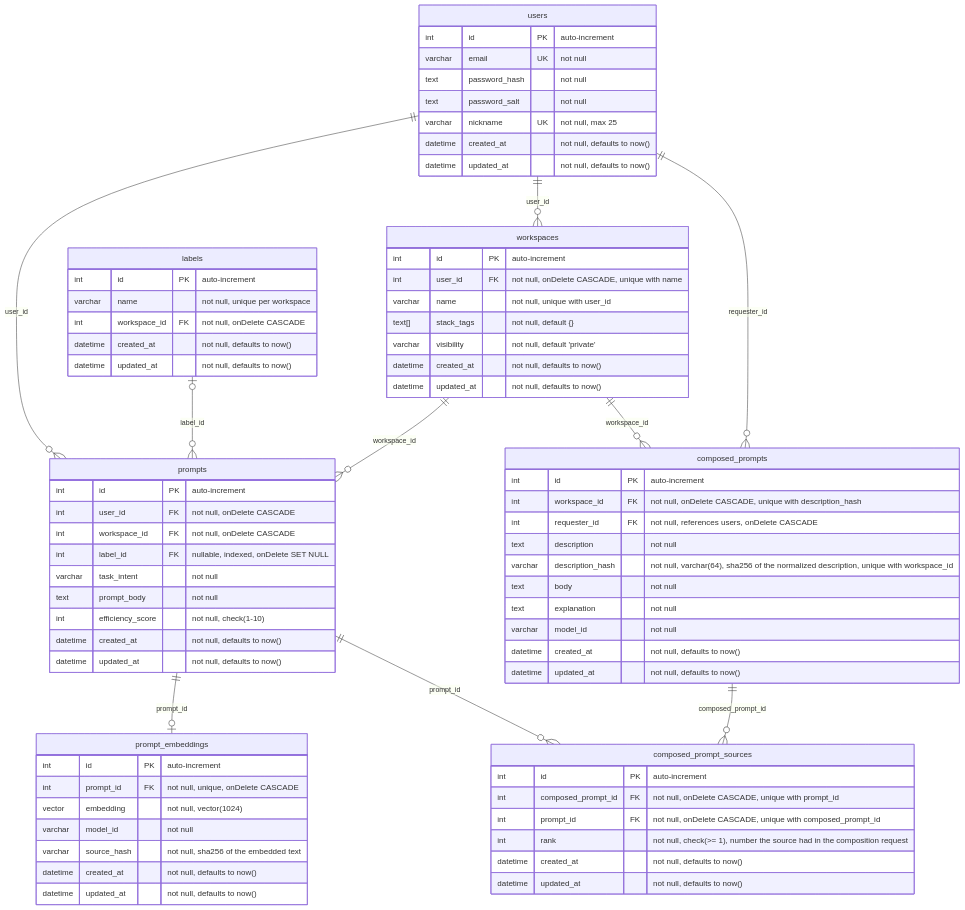
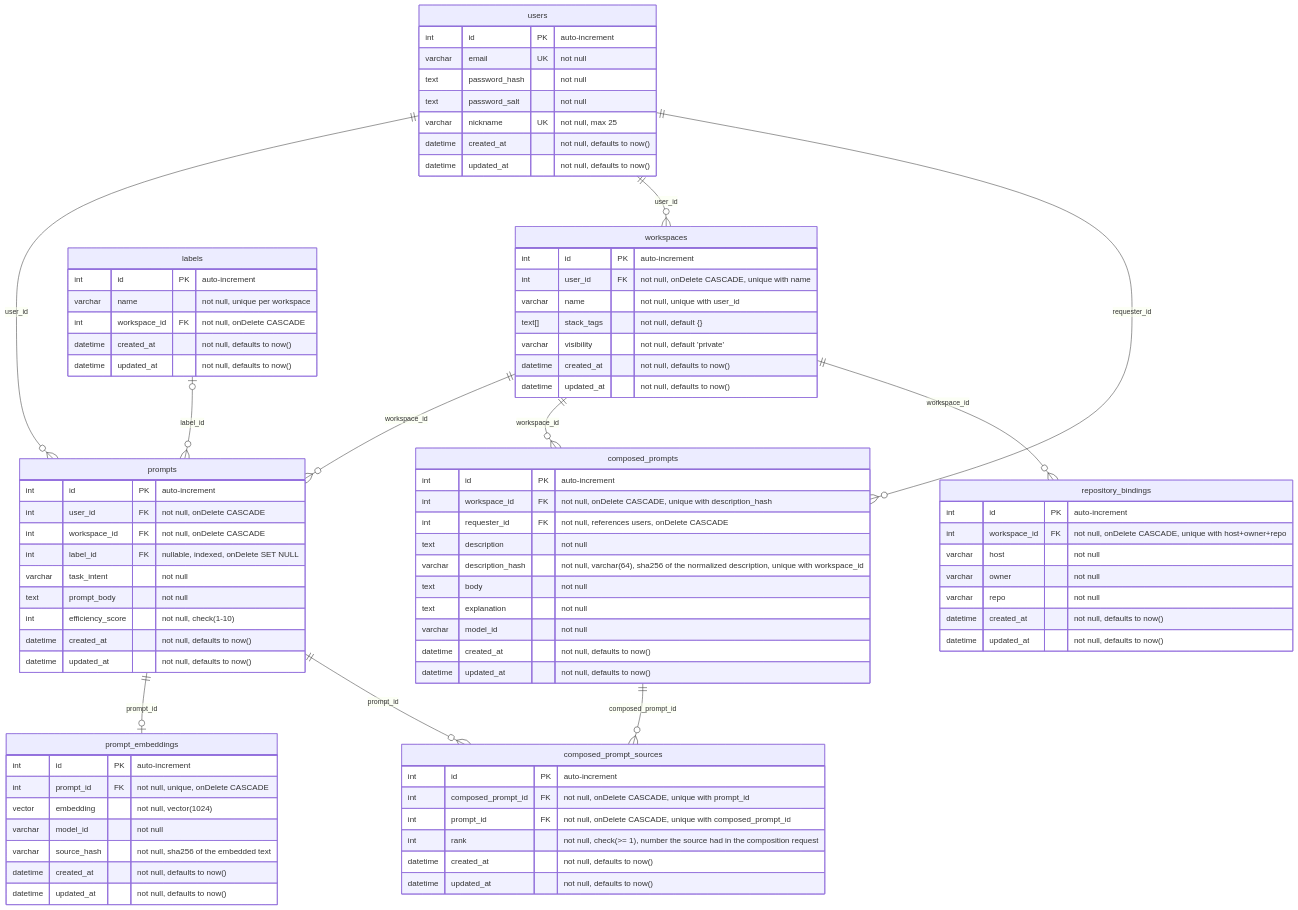
One commit to BinaryStudioAcademy/bsa-2026-promtomat changed the diagram in readme.md. Above: the diagram before and after it, drawn with Mermaid. The commit also changed 115 other files, not shown here.

First line of the commit message:
feat: add repository to workspace binding pm-186 (#295)

````diff
--- a/readme.md
+++ b/readme.md
@@ -50,6 +50,7 @@
     users ||--o{ composed_prompts : "requester_id"
     composed_prompts ||--o{ composed_prompt_sources : "composed_prompt_id"
     prompts ||--o{ composed_prompt_sources : "prompt_id"
+    workspaces ||--o{ repository_bindings : "workspace_id"
 
     users {
         int id PK "auto-increment"
@@ -122,4 +123,14 @@
         datetime created_at "not null, defaults to now()"
         datetime updated_at "not null, defaults to now()"
     }
+
+    repository_bindings {
+        int id PK "auto-increment"
+        int workspace_id FK "not null, onDelete CASCADE, unique with host+owner+repo"
+        varchar host "not null"
+        varchar owner "not null"
+        varchar repo "not null"
+        datetime created_at "not null, defaults to now()"
+        datetime updated_at "not null, defaults to now()"
+    }
 ```
````
